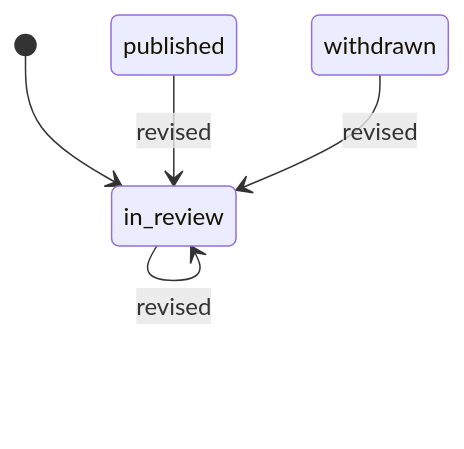
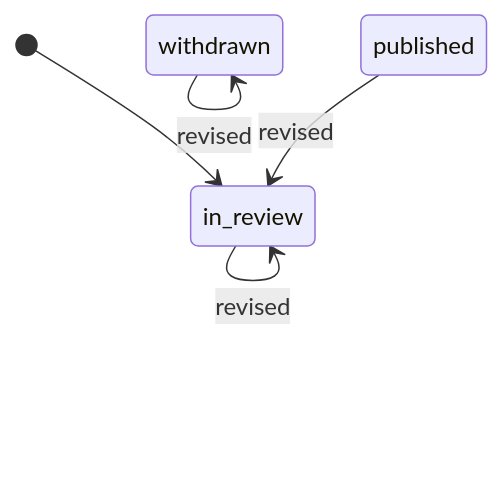
Before and after one commit to mysticalsin/atlas-project-intelligence: the first of 5 diagrams in docs/state-machines.md, drawn with Mermaid. The commit also changed other lines of this file and 5 other files, not shown here.

First line of the commit message:
Keep a withdrawn story withdrawn when its content is revised.

````diff
--- a/docs/state-machines.md
+++ b/docs/state-machines.md
@@ -76,7 +77,7 @@
 ```mermaid
 stateDiagram-v2
   [*] --> in_review
   in_review --> in_review: revised
   published --> in_review: revised
-  withdrawn --> in_review: revised
+  withdrawn --> withdrawn: revised
 ```
````
